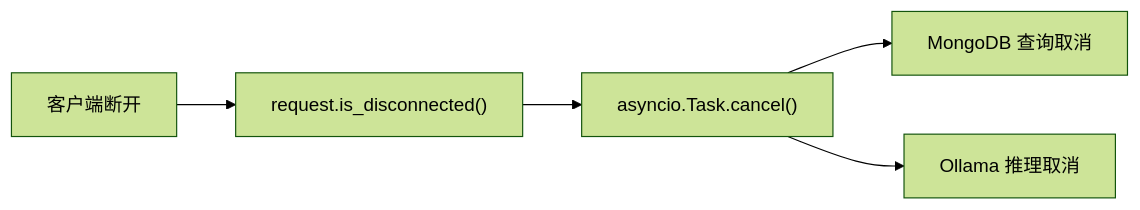
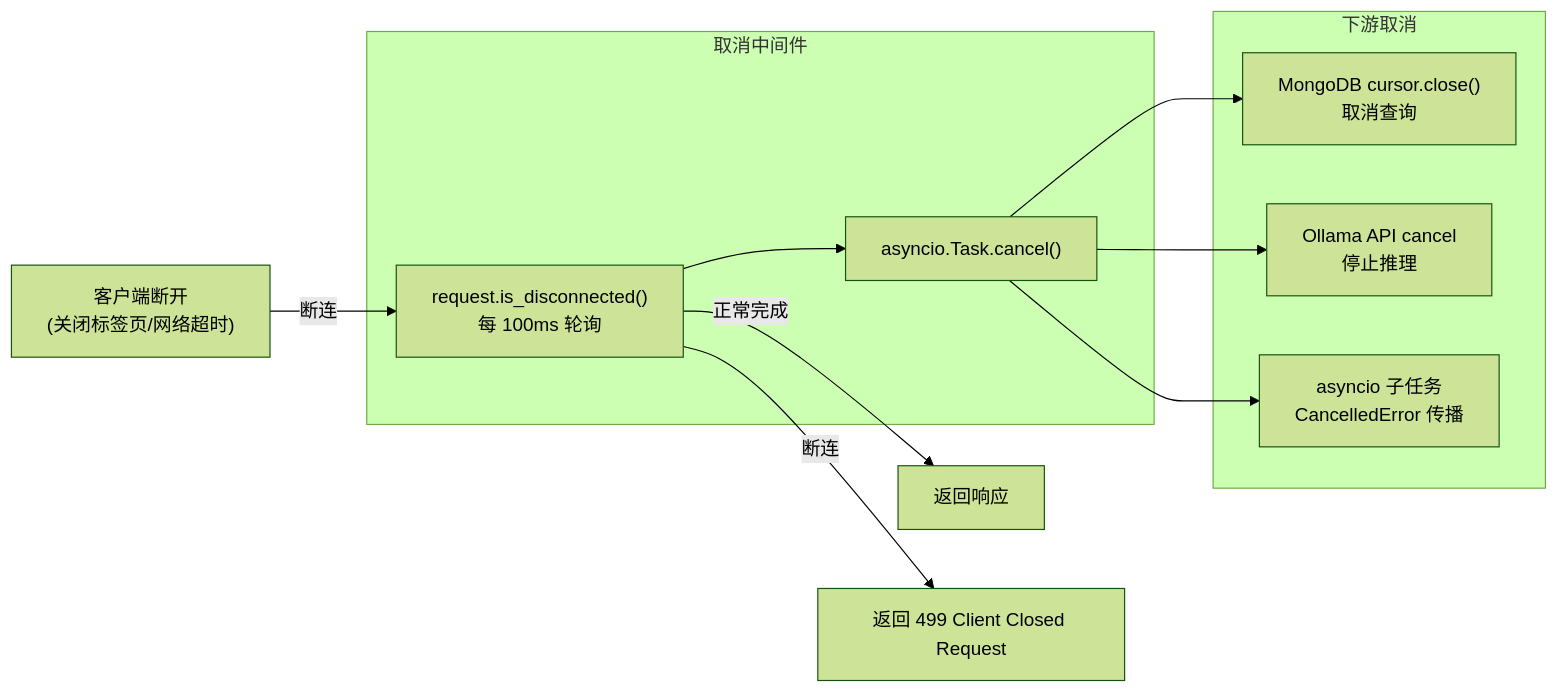
One commit to effiy/YrY changed the diagram in YiKnowledge/projects/yiai/devs/2026-09/115-prd-task-请求超时取消传播.md. Above: the diagram before and after it, drawn with Mermaid (forest theme). The commit also changed other lines of this file and 4958 other files, not shown here.

````diff
--- a/YiKnowledge/projects/yiai/devs/2026-09/115-prd-task-请求超时取消传播.md
+++ b/YiKnowledge/projects/yiai/devs/2026-09/115-prd-task-请求超时取消传播.md
@@ -45,7 +35,24 @@
 ```mermaid
 flowchart LR
-  CLIENT["客户端断开"] --> DETECT["request.is_disconnected()"]
-  DETECT --> CANCEL["asyncio.Task.cancel()"]
-  CANCEL --> MONGO["MongoDB 查询取消"]
-  CANCEL --> OLLAMA["Ollama 推理取消"]
+    CLIENT["客户端断开<br/>(关闭标签页/网络超时)"]
+
+    subgraph "取消中间件"
+        DETECT["request.is_disconnected()<br/>每 100ms 轮询"]
+        CANCEL["asyncio.Task.cancel()"]
+    end
+
+    subgraph "下游取消"
+        MONGO["MongoDB cursor.close()<br/>取消查询"]
+        OLLAMA["Ollama API cancel<br/>停止推理"]
+        ASYNC["asyncio 子任务<br/>CancelledError 传播"]
+    end
+
+    CLIENT -->|断连| DETECT
+    DETECT --> CANCEL
+    CANCEL --> MONGO
+    CANCEL --> OLLAMA
+    CANCEL --> ASYNC
+
+    DETECT -->|正常完成| RESP[返回响应]
+    DETECT -->|断连| HTTP_499[返回 499 Client Closed Request]
 ```
````
